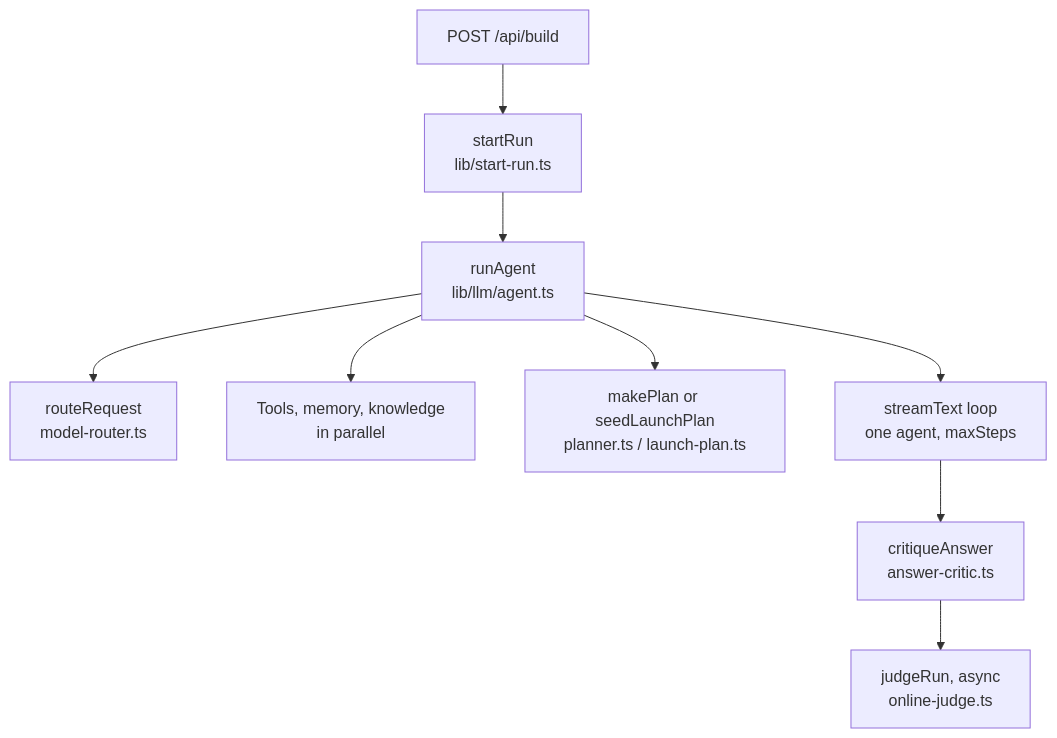
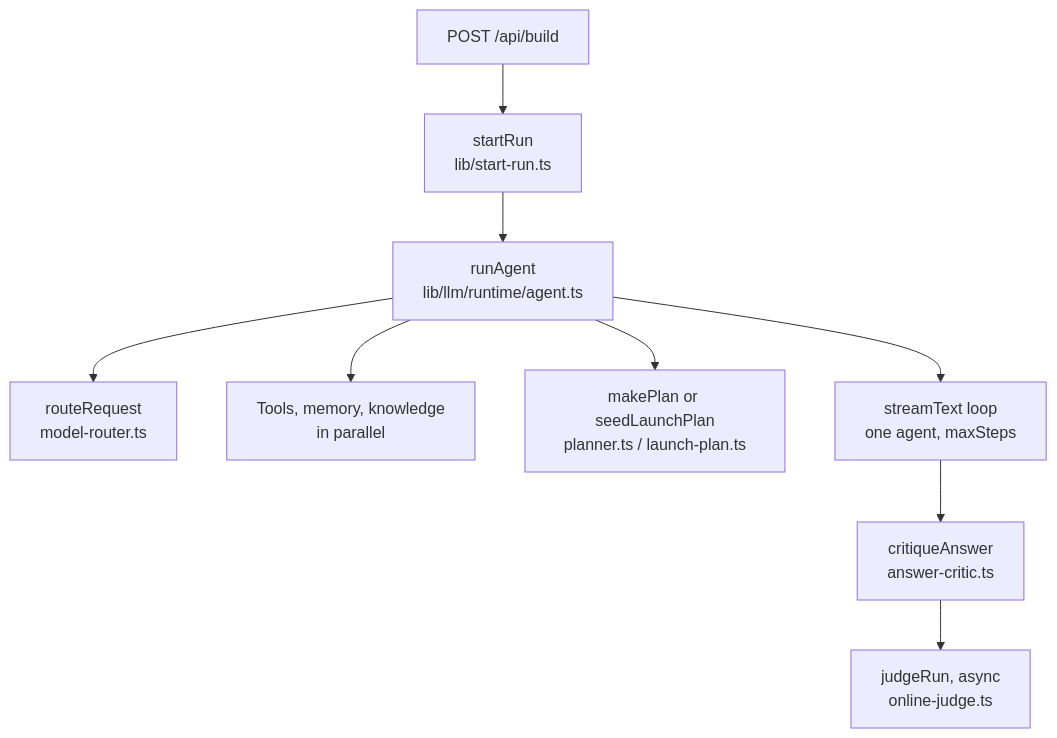
Before and after one commit to chaunceyplum/NEXT_HARNESS: the first of 3 diagrams in .kiro/specs/orchestrator-workers/design.md, drawn with Mermaid. The commit also changed other lines of this file and 143 other files, not shown here.

First line of the commit message:
refactor(llm): group lib/llm into runtime, tools, models, quality and domains

````diff
--- a/.kiro/specs/orchestrator-workers/design.md
+++ b/.kiro/specs/orchestrator-workers/design.md
@@ -23,11 +23,11 @@
 ```mermaid
 flowchart TD
   A[POST /api/build] --> B[startRun<br/>lib/start-run.ts]
-  B --> C[runAgent<br/>lib/llm/agent.ts]
+  B --> C[runAgent<br/>lib/llm/runtime/agent.ts]
   C --> R[routeRequest<br/>model-router.ts]
   C --> S[Tools, memory, knowledge<br/>in parallel]
   C --> P[makePlan or seedLaunchPlan<br/>planner.ts / launch-plan.ts]
   C --> L[streamText loop<br/>one agent, maxSteps]
   L --> K[critiqueAnswer<br/>answer-critic.ts]
   K --> J[judgeRun, async<br/>online-judge.ts]
 ```
````
